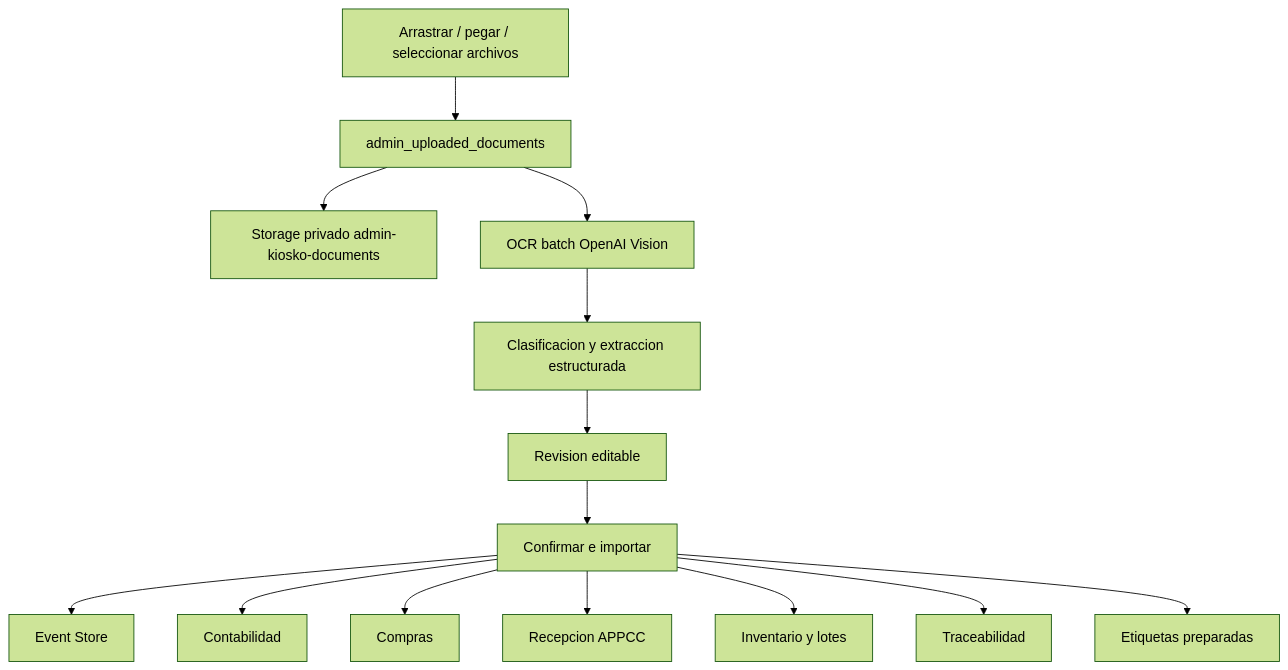
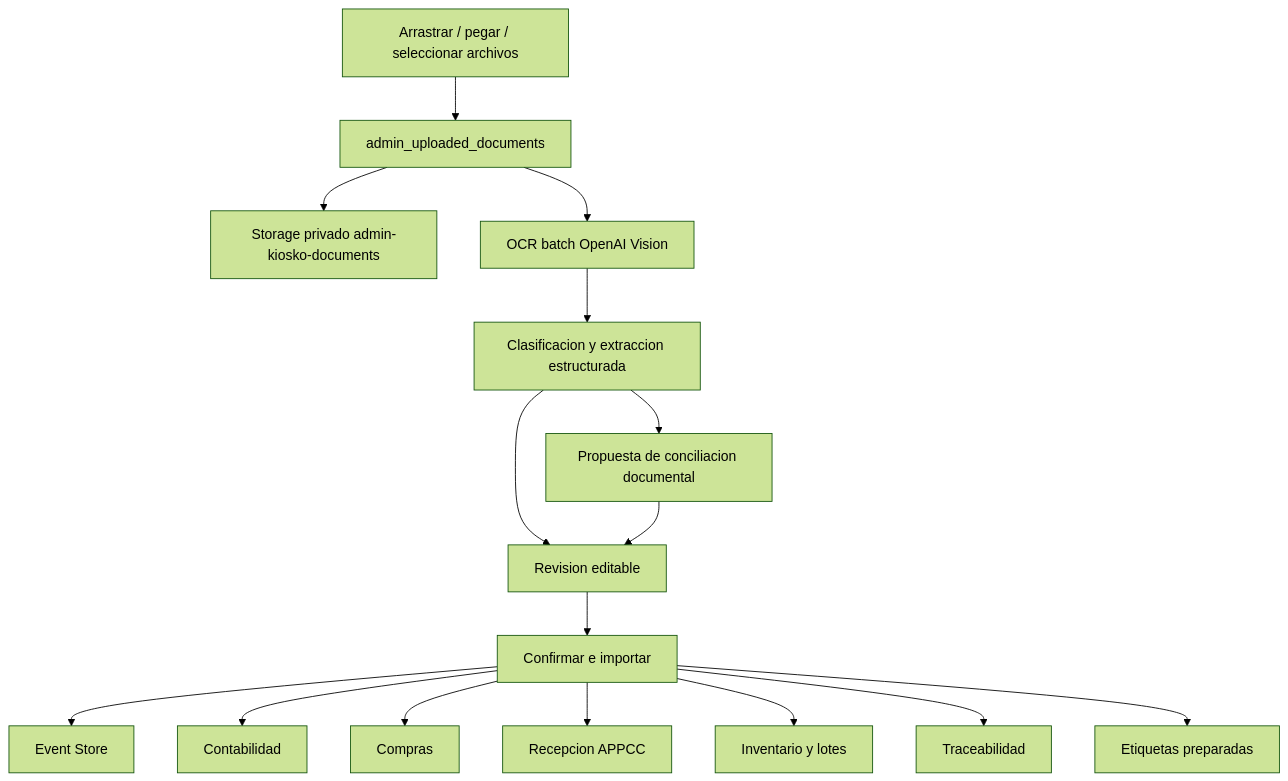
Diagram 19 of 21 in docs/ERP_ARCHITECTURE.md (xavvvibo/kioskoalfresko), drawn with Mermaid (forest theme) before and after one commit. The commit also changed other lines of this file and 10 other files, not shown here.

````diff
--- a/docs/ERP_ARCHITECTURE.md
+++ b/docs/ERP_ARCHITECTURE.md
@@ -793,16 +793,18 @@
 ```mermaid
 flowchart TD
   Drop[Arrastrar / pegar / seleccionar archivos] --> Root[admin_uploaded_documents]
   Root --> Storage[Storage privado admin-kiosko-documents]
   Root --> Ocr[OCR batch OpenAI Vision]
   Ocr --> Classify[Clasificacion y extraccion estructurada]
+  Classify --> Reconciliation[Propuesta de conciliacion documental]
   Classify --> Review[Revision editable]
+  Reconciliation --> Review
   Review --> Confirm[Confirmar e importar]
   Confirm --> Events[Event Store]
   Confirm --> Accounting[Contabilidad]
   Confirm --> Purchasing[Compras]
   Confirm --> Appcc[Recepcion APPCC]
   Confirm --> Inventory[Inventario y lotes]
   Confirm --> Trace[Traceabilidad]
   Confirm --> Labels[Etiquetas preparadas]
 ```
````
